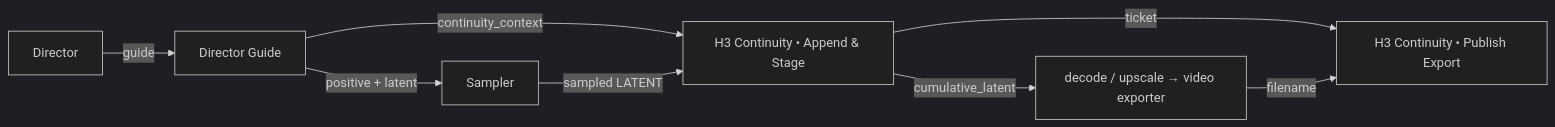
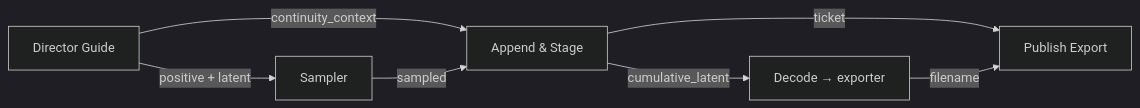
The third of 3 diagrams in docs/minimax_h3_director.md (brace-great/ComfyUI-DaSiWa-Nodes), drawn with Mermaid (dark theme) before and after one commit. The commit also changed other lines of this file and 2 other files, not shown here.

Commit message:
docs(h3): simplify Director and continuity guides

````diff
--- a/docs/minimax_h3_director.md
+++ b/docs/minimax_h3_director.md
@@ -86,10 +112,9 @@
 ```mermaid
 flowchart LR
-    DIR[Director] -->|guide| GUIDE[Director Guide]
-    GUIDE -->|positive + latent| SAMPLER[Sampler]
-    GUIDE -->|continuity_context| APPEND[H3 Continuity • Append & Stage]
-    SAMPLER -->|sampled LATENT| APPEND
-    APPEND -->|cumulative_latent| DECODE["decode / upscale → video exporter"]
-    APPEND -->|ticket| PUBLISH[H3 Continuity • Publish Export]
-    DECODE -->|filename| PUBLISH
+    G["Director Guide"] -->|positive + latent| S["Sampler"]
+    G -->|continuity_context| A["Append & Stage"]
+    S -->|sampled| A
+    A -->|cumulative_latent| E["Decode → exporter"]
+    A -->|ticket| P["Publish Export"]
+    E -->|filename| P
 ```
````
